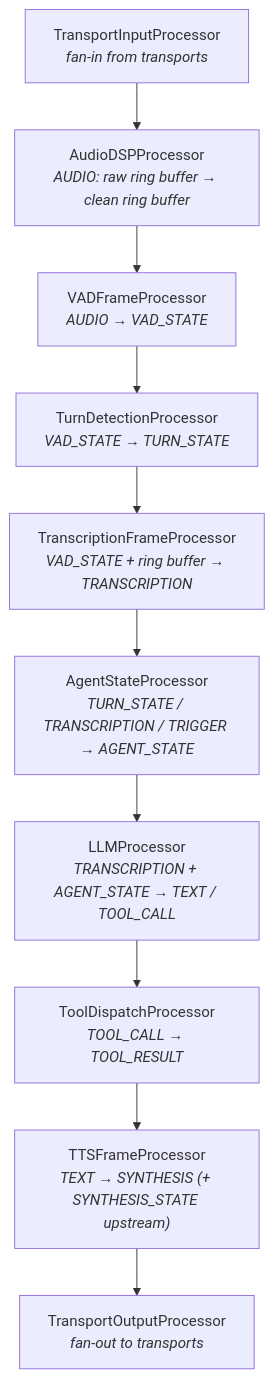
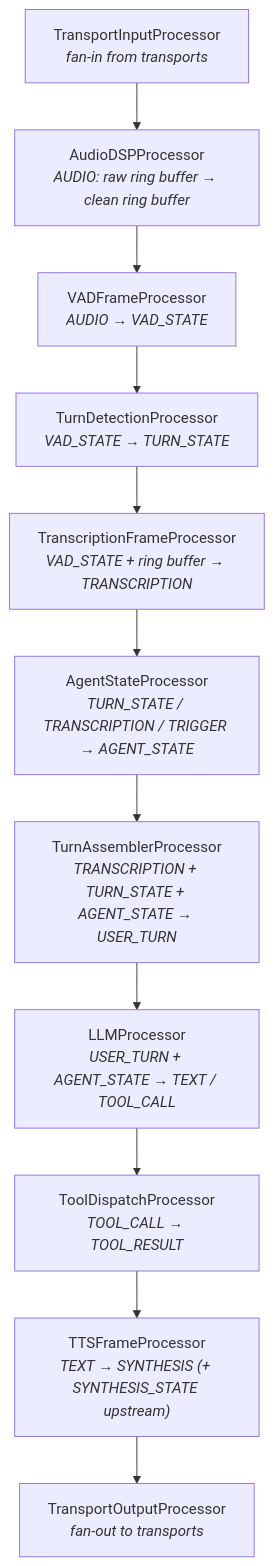
The first of 3 diagrams in docs/reference/processors.md (fatehmtd/VASDK), drawn with Mermaid before and after one commit. The commit also changed other lines of this file and 16 other files, not shown here.

First line of the commit message:
refactor: Assemble user turns in TurnAssemblerProcessor instead of LLMProcessor

````diff
--- a/docs/reference/processors.md
+++ b/docs/reference/processors.md
@@ -74,15 +74,16 @@
 ```mermaid
 flowchart TB
     TIn["TransportInputProcessor<br/><i>fan-in from transports</i>"]
     DSP["AudioDSPProcessor<br/><i>AUDIO: raw ring buffer → clean ring buffer</i>"]
     VAD["VADFrameProcessor<br/><i>AUDIO → VAD_STATE</i>"]
     Turn["TurnDetectionProcessor<br/><i>VAD_STATE → TURN_STATE</i>"]
     STT["TranscriptionFrameProcessor<br/><i>VAD_STATE + ring buffer → TRANSCRIPTION</i>"]
     Agent["AgentStateProcessor<br/><i>TURN_STATE / TRANSCRIPTION / TRIGGER → AGENT_STATE</i>"]
-    LLM["LLMProcessor<br/><i>TRANSCRIPTION + AGENT_STATE → TEXT / TOOL_CALL</i>"]
+    Assembler["TurnAssemblerProcessor<br/><i>TRANSCRIPTION + TURN_STATE + AGENT_STATE → USER_TURN</i>"]
+    LLM["LLMProcessor<br/><i>USER_TURN + AGENT_STATE → TEXT / TOOL_CALL</i>"]
     Tools["ToolDispatchProcessor<br/><i>TOOL_CALL → TOOL_RESULT</i>"]
     TTS["TTSFrameProcessor<br/><i>TEXT → SYNTHESIS (+ SYNTHESIS_STATE upstream)</i>"]
     TOut["TransportOutputProcessor<br/><i>fan-out to transports</i>"]
 
-    TIn --> DSP --> VAD --> Turn --> STT --> Agent --> LLM --> Tools --> TTS --> TOut
+    TIn --> DSP --> VAD --> Turn --> STT --> Agent --> Assembler --> LLM --> Tools --> TTS --> TOut
 ```
````
